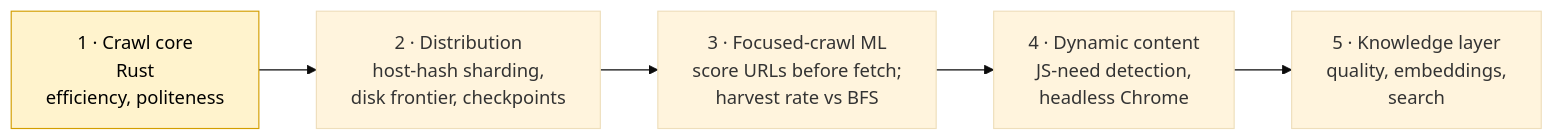
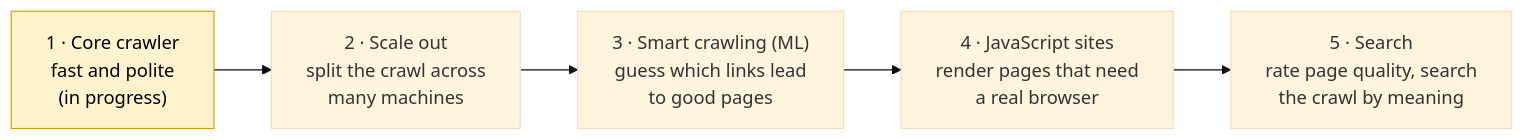
Before and after one commit to Armaan-king/McCrawl: the third of 4 diagrams in README.md, drawn with Mermaid (base theme). The commit also changed other lines of this file, not shown here.

````diff
--- a/README.md
+++ b/README.md
@@ -89,11 +102,11 @@
 ```mermaid
 flowchart LR
-    SP1["1 · Crawl core<br/>Rust<br/>efficiency, politeness"]:::wip
-    SP2["2 · Distribution<br/>host-hash sharding,<br/>disk frontier, checkpoints"]
-    SP3["3 · Focused-crawl ML<br/>score URLs before fetch;<br/>harvest rate vs BFS"]
-    SP4["4 · Dynamic content<br/>JS-need detection,<br/>headless Chrome"]
-    SP5["5 · Knowledge layer<br/>quality, embeddings,<br/>search"]
+    SP1["1 · Core crawler<br/>fast and polite<br/>(in progress)"]:::wip
+    SP2["2 · Scale out<br/>split the crawl across<br/>many machines"]
+    SP3["3 · Smart crawling (ML)<br/>guess which links lead<br/>to good pages"]
+    SP4["4 · JavaScript sites<br/>render pages that need<br/>a real browser"]
+    SP5["5 · Search<br/>rate page quality, search<br/>the crawl by meaning"]
     SP1 --> SP2 --> SP3 --> SP4 --> SP5
 
     classDef wip fill:#fff3cd,stroke:#d39e00,color:#000
 ```
````
